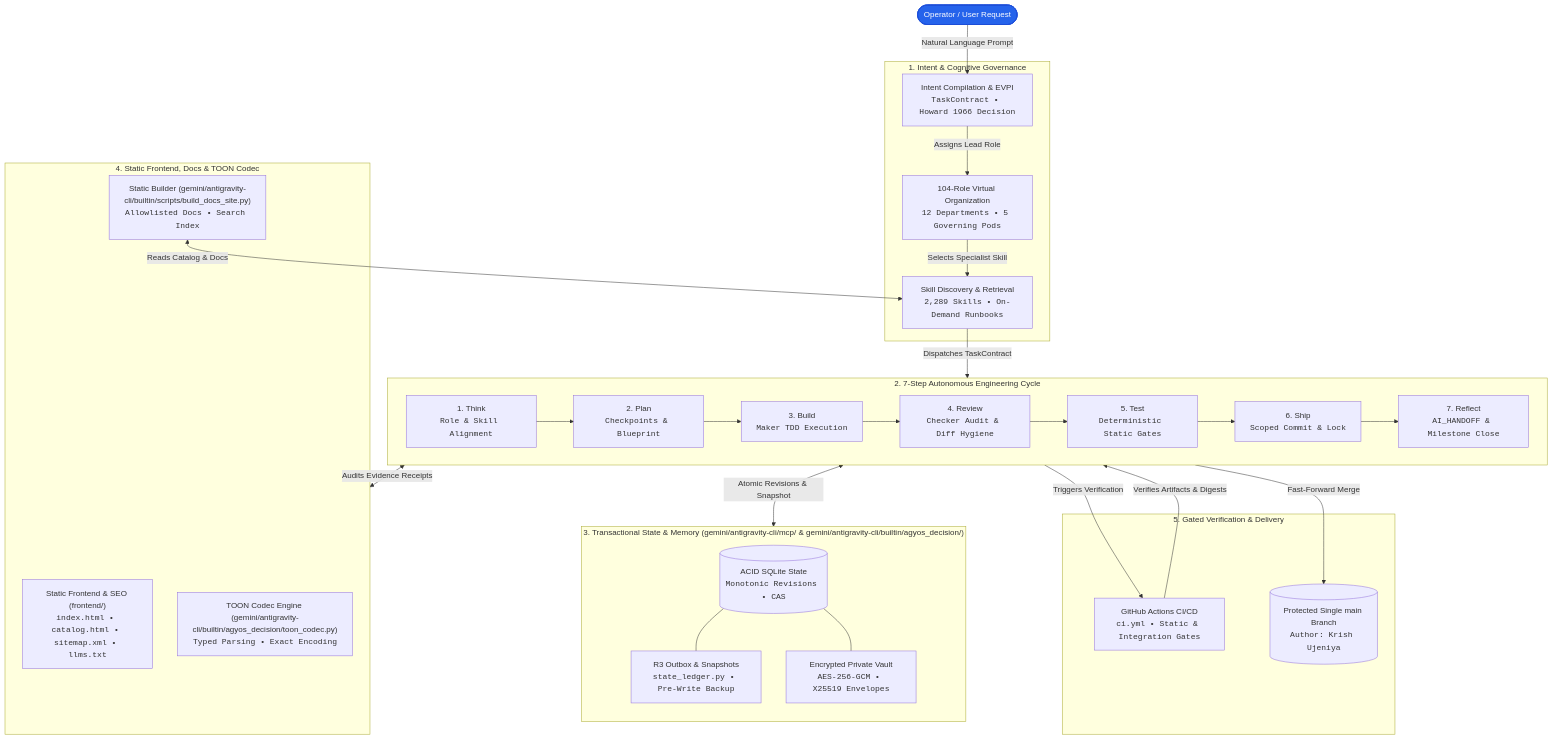
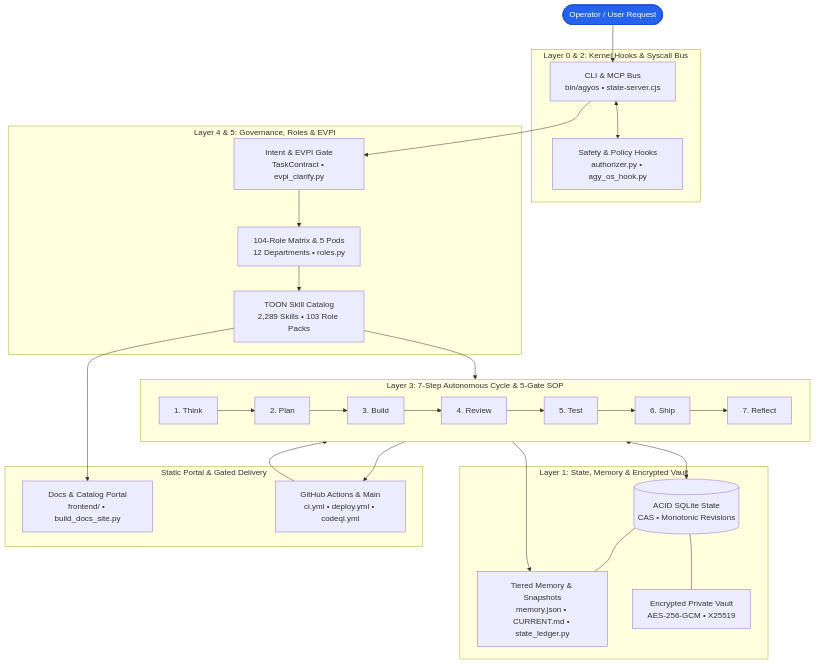
One commit to krishujeniya/AGYOS changed the diagram in docs/ARCHITECTURE.md. Above: the diagram before and after it, drawn with Mermaid. The commit also changed 1 other file, not shown here.

Commit message:
docs: sync architecture diagram and skill routing baseline

````diff
--- a/docs/ARCHITECTURE.md
+++ b/docs/ARCHITECTURE.md
@@ -14,57 +14,49 @@
 ```mermaid
 flowchart TD
     User(["Operator / User Request"]):::operator
 
-    subgraph CognitiveLayer["1. Intent & Cognitive Governance"]
-        Intent["Intent Compilation & EVPI<br/><code>TaskContract • Howard 1966 Decision</code>"]
-        Pods["104-Role Virtual Organization<br/><code>12 Departments • 5 Governing Pods</code>"]
-        Catalog["Skill Discovery & Retrieval<br/><code>2,289 Skills • On-Demand Runbooks</code>"]
+    subgraph L0["Layer 0 & 2: Kernel Hooks & Syscall Bus"]
+        CLI["CLI & MCP Bus<br/>bin/agyos • state-server.cjs"]
+        Hooks["Safety & Policy Hooks<br/>authorizer.py • agy_os_hook.py"]
     end
 
-    subgraph AutonomousCycle["2. 7-Step Autonomous Engineering Cycle"]
-        direction LR
-        S1["1. Think<br/><code>Role & Skill Alignment</code>"] --> S2["2. Plan<br/><code>Checkpoints & Blueprint</code>"]
-        S2 --> S3["3. Build<br/><code>Maker TDD Execution</code>"]
-        S3 --> S4["4. Review<br/><code>Checker Audit & Diff Hygiene</code>"]
-        S4 --> S5["5. Test<br/><code>Deterministic Static Gates</code>"]
-        S5 --> S6["6. Ship<br/><code>Scoped Commit & Lock</code>"]
-        S6 --> S7["7. Reflect<br/><code>AI_HANDOFF & Milestone Close</code>"]
+    subgraph L4["Layer 4 & 5: Governance, Roles & EVPI"]
+        Intent["Intent & EVPI Gate<br/>TaskContract • evpi_clarify.py"]
+        Org["104-Role Matrix & 5 Pods<br/>12 Departments • roles.py"]
+        Skills["TOON Skill Catalog<br/>2,289 Skills • 103 Role Packs"]
     end
 
-    subgraph StorageEngine["3. Transactional State & Memory (gemini/antigravity-cli/mcp/ & gemini/antigravity-cli/builtin/agyos_decision/)"]
-        direction TB
-        SQLite[("ACID SQLite State<br/><code>Monotonic Revisions • CAS</code>")]
-        Outbox["R3 Outbox & Snapshots<br/><code>state_ledger.py • Pre-Write Backup</code>"]
-        Vault["Encrypted Private Vault<br/><code>AES-256-GCM • X25519 Envelopes</code>"]
-        SQLite --- Outbox
-        SQLite --- Vault
+    subgraph L3["Layer 3: 7-Step Autonomous Cycle & 5-Gate SOP"]
+        direction LR
+        S1["1. Think"] --> S2["2. Plan"]
+        S2 --> S3["3. Build"]
+        S3 --> S4["4. Review"]
+        S4 --> S5["5. Test"]
+        S5 --> S6["6. Ship"]
+        S6 --> S7["7. Reflect"]
     end
 
-    subgraph RuntimeLayer["4. Static Frontend, Docs & TOON Codec"]
-        Frontend["Static Frontend & SEO (frontend/)<br/><code>index.html • catalog.html • sitemap.xml • llms.txt</code>"]
-        SiteGen["Static Builder (gemini/antigravity-cli/builtin/scripts/build_docs_site.py)<br/><code>Allowlisted Docs • Search Index</code>"]
-        Codec["TOON Codec Engine (gemini/antigravity-cli/builtin/agyos_decision/toon_codec.py)<br/><code>Typed Parsing • Exact Encoding</code>"]
+    subgraph L1["Layer 1: State, Memory & Encrypted Vault"]
+        SQLite[("ACID SQLite State<br/>CAS • Monotonic Revisions")]
+        Projections["Tiered Memory & Snapshots<br/>memory.json • CURRENT.md • state_ledger.py"]
+        Vault["Encrypted Private Vault<br/>AES-256-GCM • X25519"]
     end
 
-    subgraph ReleaseGate["5. Gated Verification & Delivery"]
-        CI["GitHub Actions CI/CD<br/><code>ci.yml • Static & Integration Gates</code>"]
-        MainBranch[("Protected Single main Branch<br/><code>Author: Krish Ujeniya</code>")]
+    subgraph Delivery["Static Portal & Gated Delivery"]
+        Portal["Docs & Catalog Portal<br/>frontend/ • build_docs_site.py"]
+        CI["GitHub Actions & Main<br/>ci.yml • deploy.yml • codeql.yml"]
     end
 
-    %% Connections
-    User -->|"Natural Language Prompt"| Intent
-    Intent -->|"Assigns Lead Role"| Pods
-    Pods -->|"Selects Specialist Skill"| Catalog
-    Catalog -->|"Dispatches TaskContract"| AutonomousCycle
+    User --> CLI
+    CLI <--> Hooks
+    CLI --> Intent
+    Intent --> Org --> Skills --> L3
+    L3 <--> SQLite
+    SQLite --- Projections
+    SQLite --- Vault
+    Skills --> Portal
+    S5 --> CI --> S6
+    S7 --> Projections
 
-    S3 <-->|"Atomic Revisions & Snapshot"| StorageEngine
-    S4 <-->|"Audits Evidence Receipts"| RuntimeLayer
-    SiteGen <-->|"Reads Catalog & Docs"| Catalog
-
-    S5 -->|"Triggers Verification"| CI
-    CI -->|"Verifies Artifacts & Digests"| S6
-    S6 -->|"Fast-Forward Merge"| MainBranch
-
-    %% Class Styles
     classDef operator fill:#2563eb,stroke:#1d4ed8,color:#ffffff,stroke-width:2px;
 ```
````
